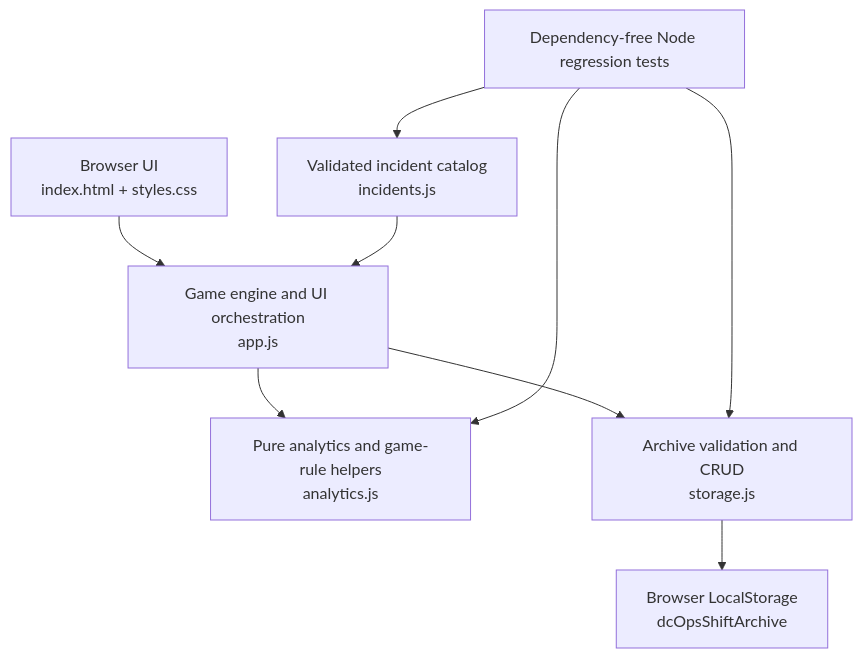
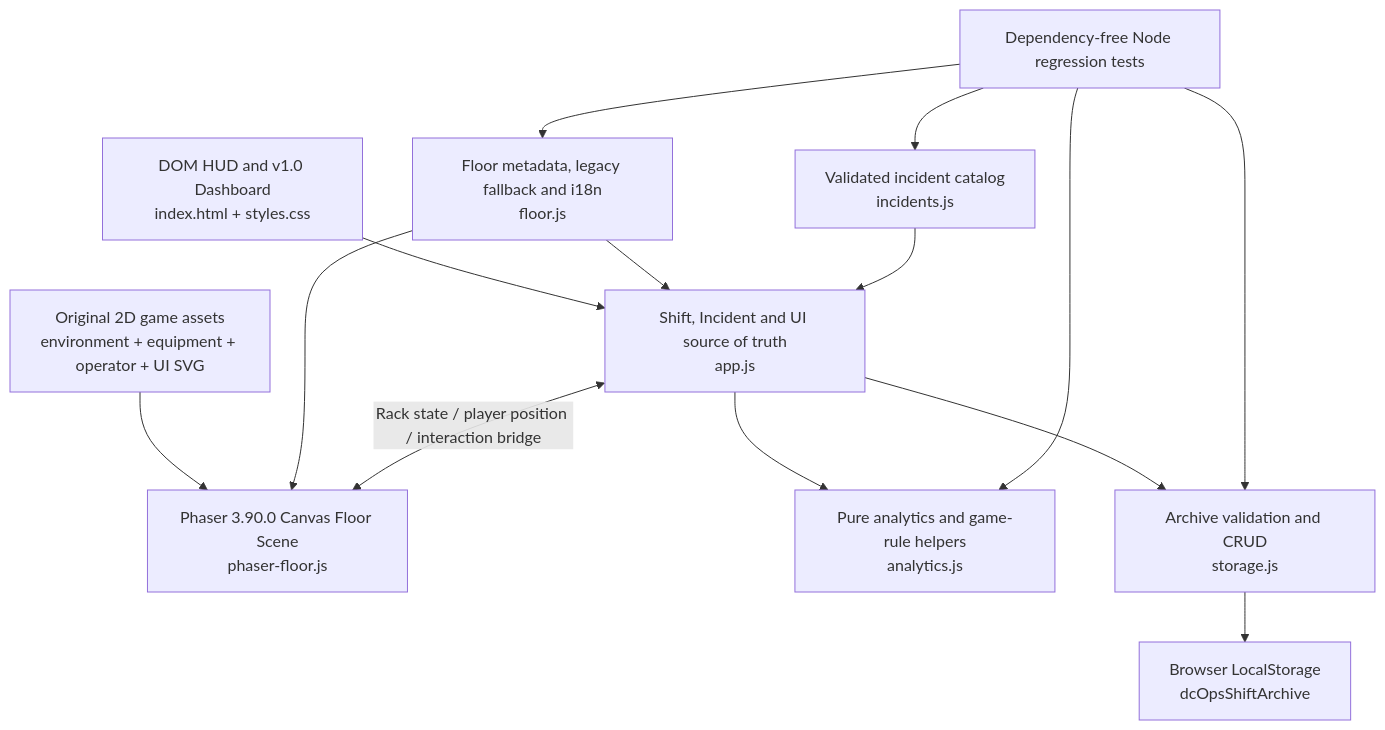
One commit to dbtjddn10-oss/dc-ops-simulator changed the first of 2 diagrams in README.md. Above: the diagram before and after it, drawn with Mermaid. The commit also changed other lines of this file and 40 other files, not shown here.

Commit message:
feat: establish Phaser floor mode foundation

````diff
--- a/README.md
+++ b/README.md
@@ -78,11 +85,16 @@
 ```mermaid
 flowchart TD
-    UI["Browser UI<br/>index.html + styles.css"] --> Engine["Game engine and UI orchestration<br/>app.js"]
+    UI["DOM HUD and v1.0 Dashboard<br/>index.html + styles.css"] --> Engine["Shift, Incident and UI source of truth<br/>app.js"]
+    Assets["Original 2D game assets<br/>environment + equipment + operator + UI SVG"] --> Phaser["Phaser 3.90.0 Canvas Floor Scene<br/>phaser-floor.js"]
+    Floor["Floor metadata, legacy fallback and i18n<br/>floor.js"] --> Engine
+    Floor --> Phaser
+    Engine <-->|"Rack state / player position / interaction bridge"| Phaser
     Catalog["Validated incident catalog<br/>incidents.js"] --> Engine
     Engine --> Analytics["Pure analytics and game-rule helpers<br/>analytics.js"]
     Engine --> Storage["Archive validation and CRUD<br/>storage.js"]
     Storage --> LocalStorage["Browser LocalStorage<br/>dcOpsShiftArchive"]
     Tests["Dependency-free Node regression tests"] --> Catalog
     Tests --> Analytics
     Tests --> Storage
+    Tests --> Floor
 ```
````
